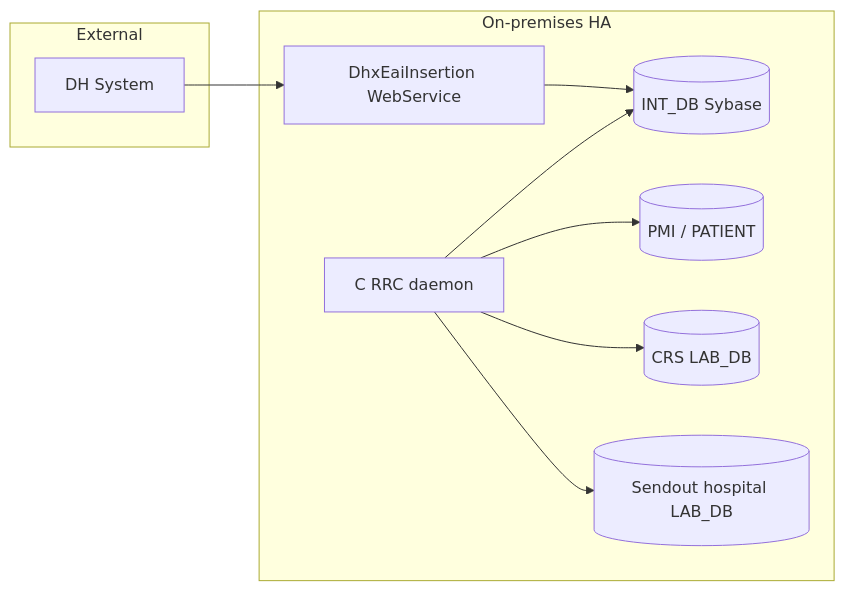
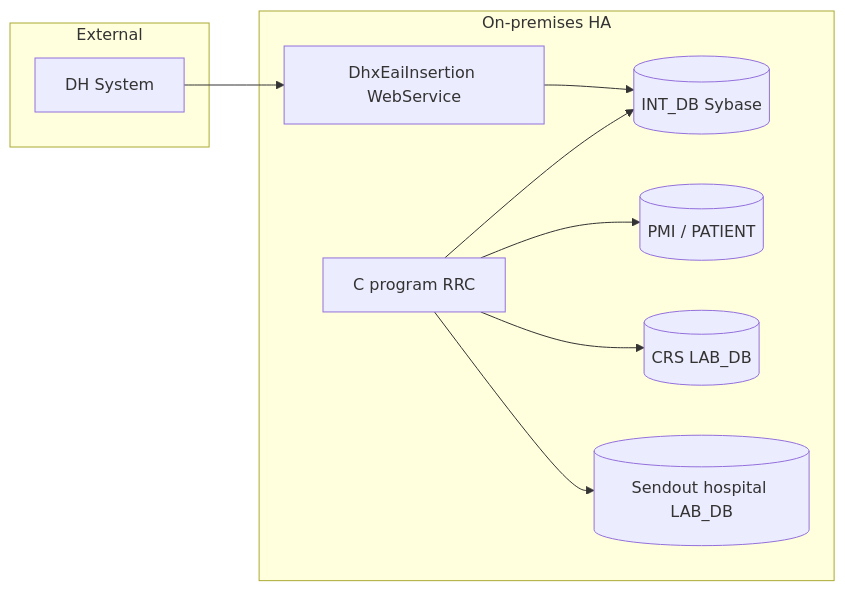
One commit to DragonChong/HA-Notes changed the second of 3 diagrams in LIS/JIRA/Develop cloud application `lis-dhx-rrc-svc` to replace the legacy RRC worker and support dynamic Sybase-PostgreSQL database connectivity during DB migration.md. Above: the diagram before and after it, drawn with Mermaid.

Commit message:
vault backup: 2026-07-16 15:52:16

````diff
--- a/LIS/JIRA/Develop cloud application `lis-dhx-rrc-svc` to replace the legacy RRC worker and support dynamic Sybase-PostgreSQL database connectivity during DB migration.md
+++ b/LIS/JIRA/Develop cloud application `lis-dhx-rrc-svc` to replace the legacy RRC worker and support dynamic Sybase-PostgreSQL database connectivity during DB migration.md
@@ -141,19 +141,19 @@
 ```mermaid
 flowchart LR
     subgraph External["External"]
         DH["DH System"]
     end
     subgraph OnPrem["On-premises HA"]
         WS["DhxEaiInsertion WebService"]
         INT_DB[("INT_DB Sybase")]
-        C_RRC["C RRC daemon"]
+        C_RRC["C program RRC"]
         PMI[("PMI / PATIENT")]
         CRS_DB[("CRS LAB_DB")]
         HOSP_DB[("Sendout hospital LAB_DB")]
     end
     DH --> WS --> INT_DB
     C_RRC --> INT_DB
     C_RRC --> PMI
     C_RRC --> CRS_DB
     C_RRC --> HOSP_DB
 ```
````
